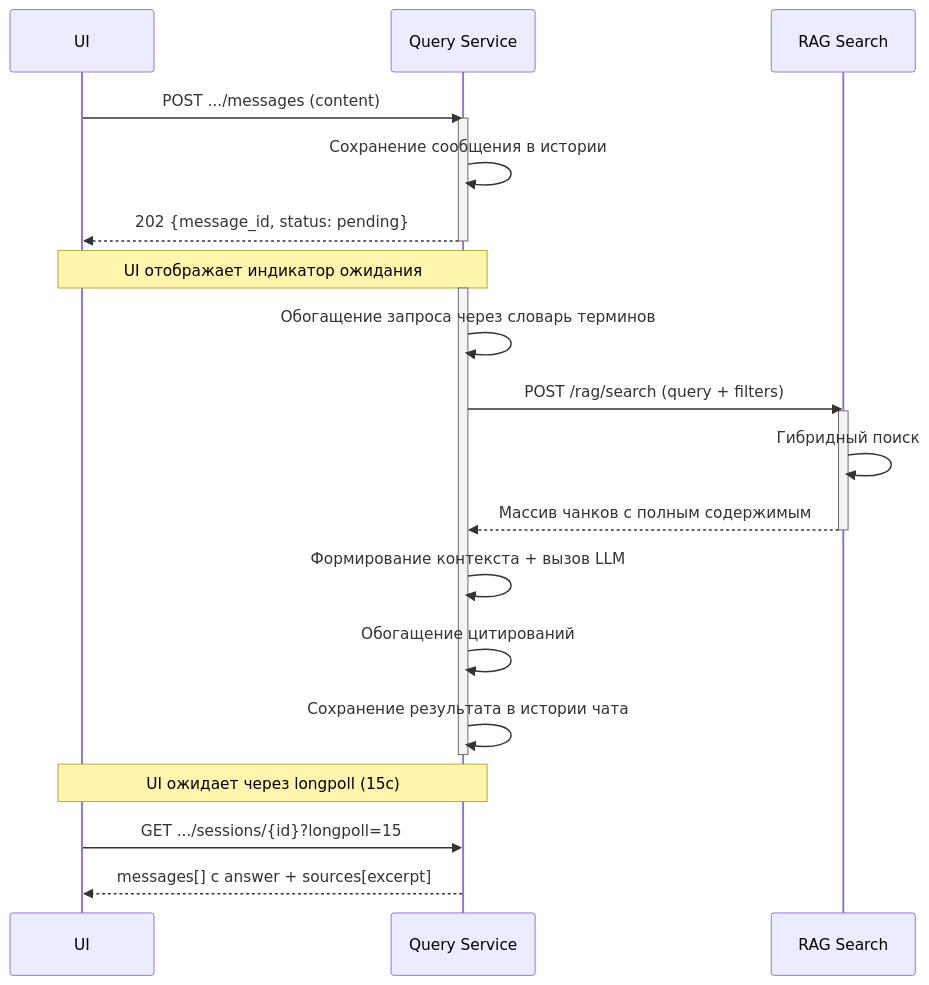
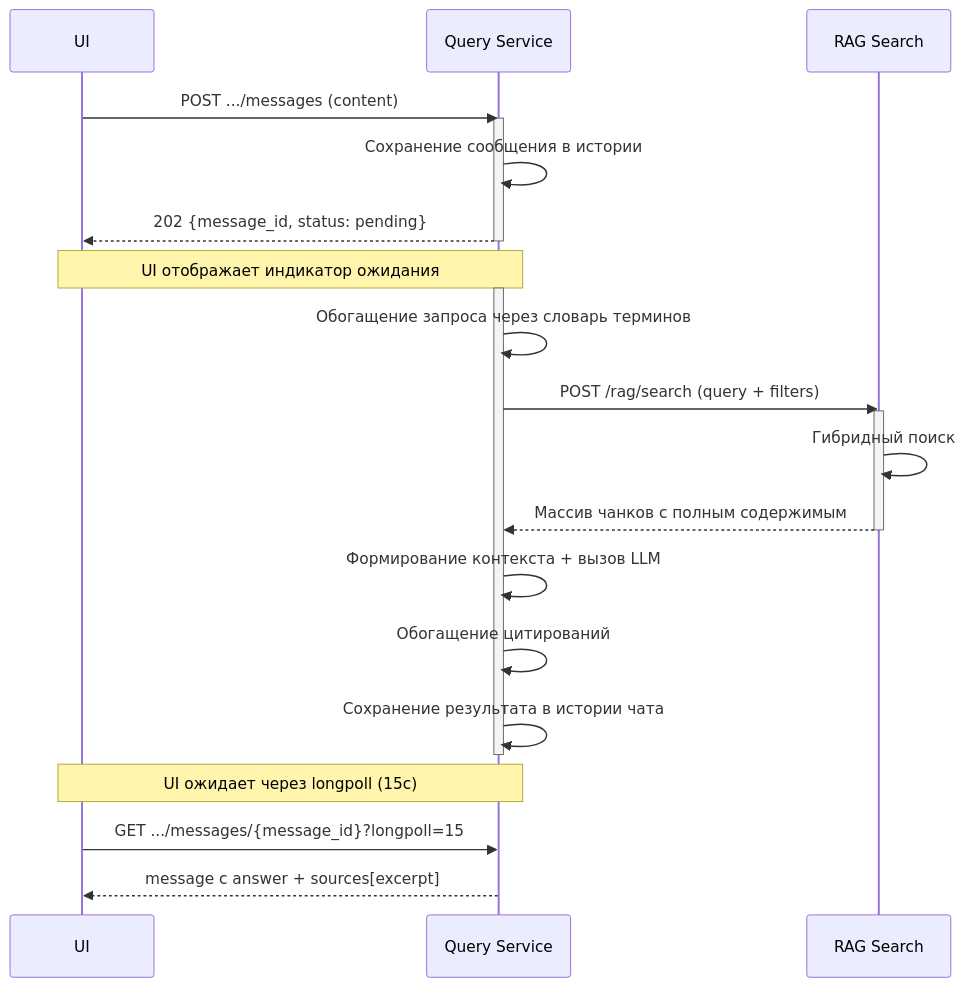
The first of 3 diagrams in docs/pipelines/pipeline3-search.md (MasterKSAF/PKB), drawn with Mermaid before and after one commit. The commit also changed other lines of this file and 1 other file, not shown here.

Commit message:
docs(query_service): добавлен сценарий работы UI с чатом (sequence diagram + 4 шага)

````diff
--- a/docs/pipelines/pipeline3-search.md
+++ b/docs/pipelines/pipeline3-search.md
@@ -9,31 +9,31 @@
 ```mermaid
 sequenceDiagram
     participant UI as UI
     participant QS as Query Service
     participant RAGs as RAG Search
 
     UI->>QS: POST .../messages (content)
     activate QS
     QS->>QS: Сохранение сообщения в истории
     QS-->>UI: 202 {message_id, status: pending}
     deactivate QS
 
     Note over UI,QS: UI отображает индикатор ожидания
 
     activate QS
     QS->>QS: Обогащение запроса через словарь терминов
     QS->>RAGs: POST /rag/search (query + filters)
     activate RAGs
     RAGs->>RAGs: Гибридный поиск
     RAGs-->>QS: Массив чанков с полным содержимым
     deactivate RAGs
     QS->>QS: Формирование контекста + вызов LLM
     QS->>QS: Обогащение цитирований
     QS->>QS: Сохранение результата в истории чата
     deactivate QS
 
     Note over UI,QS: UI ожидает через longpoll (15c)
 
-    UI->>QS: GET .../sessions/{id}?longpoll=15
-    QS-->>UI: messages[] с answer + sources[excerpt]
+    UI->>QS: GET .../messages/{message_id}?longpoll=15
+    QS-->>UI: message с answer + sources[excerpt]
 ```
````
